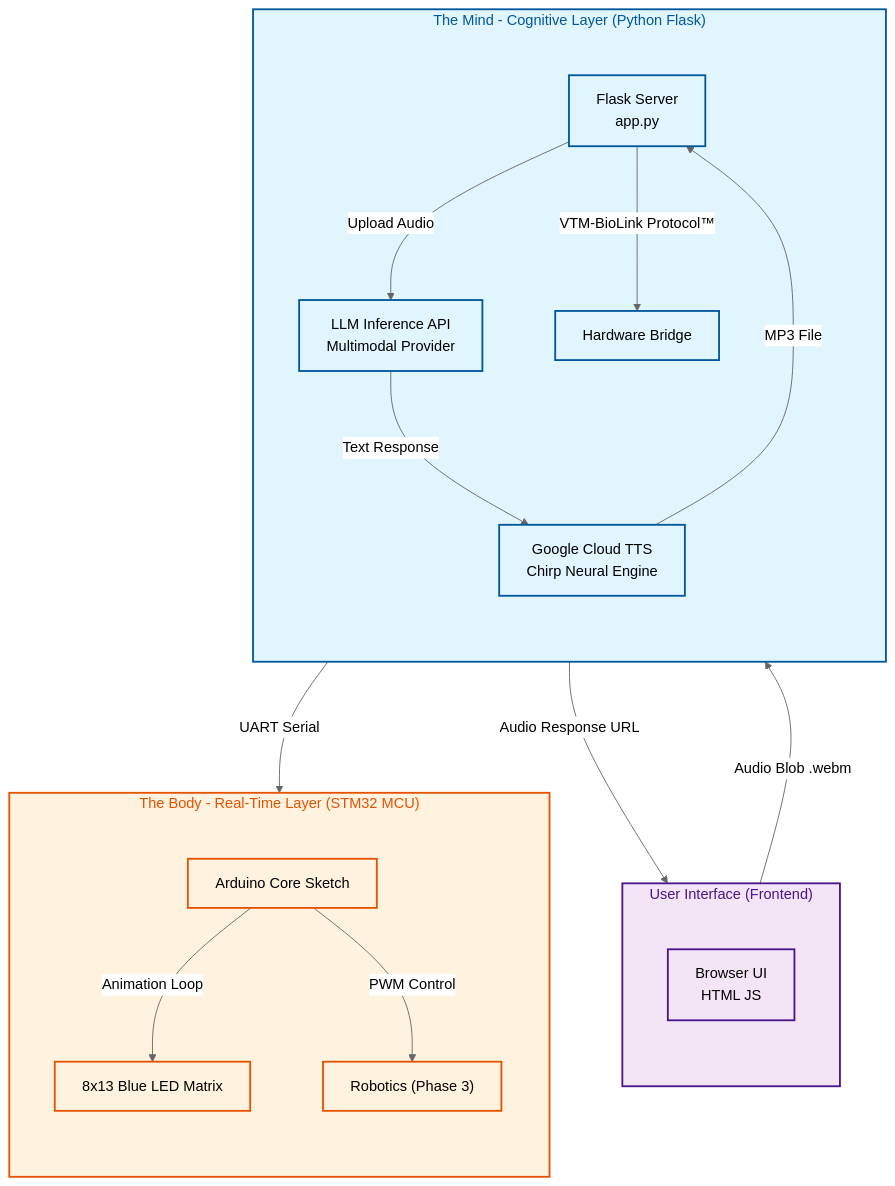
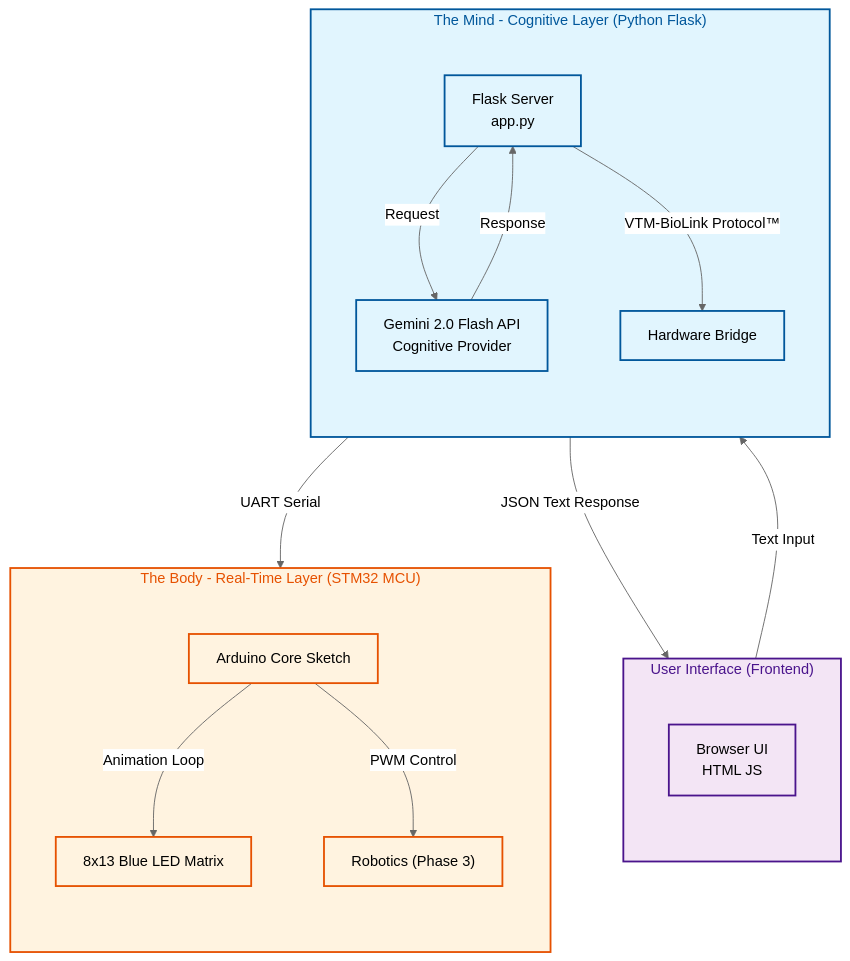
Before and after one commit to VideotronicMaker/VideotronicMaker-OS: the diagram in docs/Arduino_Uno_Q/architecture.md, drawn with Mermaid (neutral theme).

````diff
--- a/docs/Arduino_Uno_Q/architecture.md
+++ b/docs/Arduino_Uno_Q/architecture.md
@@ -10,45 +10,44 @@
 ```mermaid
 %%{init: {'flowchart': {'rankSpacing': 120, 'nodeSpacing': 80}}}%%
 flowchart TD
     %% Subgraph for the User Interface
     subgraph Face ["User Interface (Frontend)"]
         direction TB
         UI["Browser UI<br/>HTML JS"] 
     end
 
     %% Subgraph for the Cognitive Processor
     subgraph Mind ["The Mind - Cognitive Layer (Python Flask)"]
         direction TB
         Flask["Flask Server<br/>app.py"]
         
-        UI -->|Audio Blob .webm| Flask
-        Flask -->|Audio Response URL| UI
+        UI -->|Text Input| Flask
+        Flask -->|JSON Text Response| UI
         
-        Flask -->|Upload Audio| LLM["LLM Inference API<br/>Multimodal Provider"]
-        LLM -->|Text Response| TTS["Google Cloud TTS<br/>Chirp Neural Engine"]
-        TTS -->|MP3 File| Flask
+        Flask -->|Request| LLM["Gemini 2.0 Flash API<br/>Cognitive Provider"]
+        LLM -->|Response| Flask
         
         Flask -->|VTM-BioLink Protocol™| Bridge["Hardware Bridge"]
     end
 
     %% Subgraph for the Real-Time Controller
     subgraph Body ["The Body - Real-Time Layer (STM32 MCU)"]
         direction TB
         Bridge -->|UART Serial| MCU["Arduino Core Sketch"]
         MCU -->|Animation Loop| Matrix["8x13 Blue LED Matrix"]
         MCU -->|PWM Control| Servos["Robotics (Phase 3)"]
     end
 
     %% Styling
     classDef mind fill:#e1f5fe,stroke:#01579b,stroke-width:2px;
     classDef body fill:#fff3e0,stroke:#e65100,stroke-width:2px;
     classDef ui fill:#f3e5f5,stroke:#4a148c,stroke-width:2px;
 
-    class Flask,LLM,TTS,Bridge mind;
+    class Flask,LLM,Bridge mind;
     class MCU,Matrix,Servos body;
     class UI,Face ui;
     
     style Mind fill:#e1f5fe,stroke:#01579b,stroke-width:2px,color:#01579b
     style Body fill:#fff3e0,stroke:#e65100,stroke-width:2px,color:#e65100
     style Face fill:#f3e5f5,stroke:#4a148c,stroke-width:2px,color:#4a148c
 ```
````
